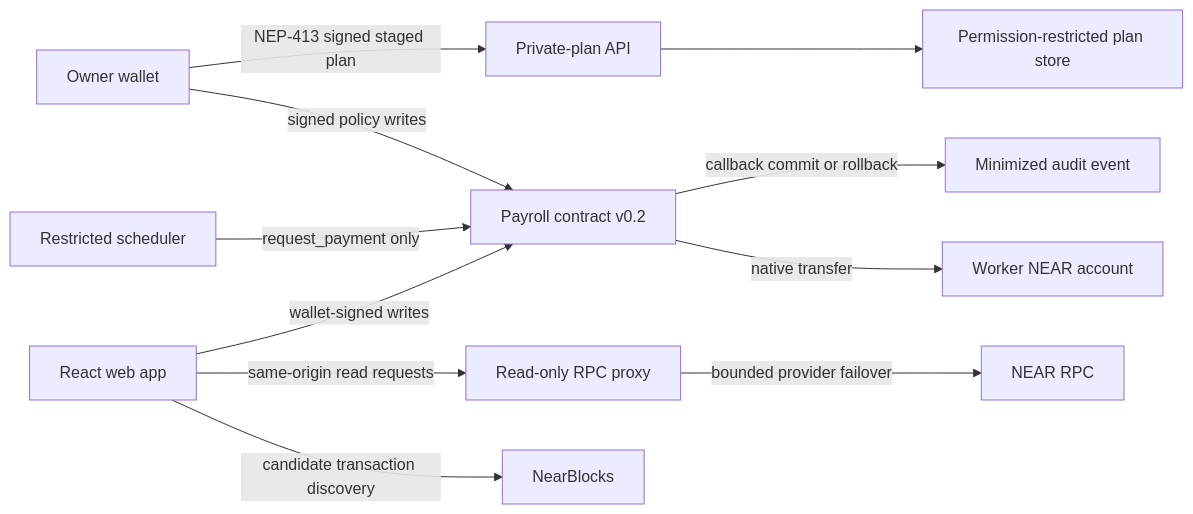
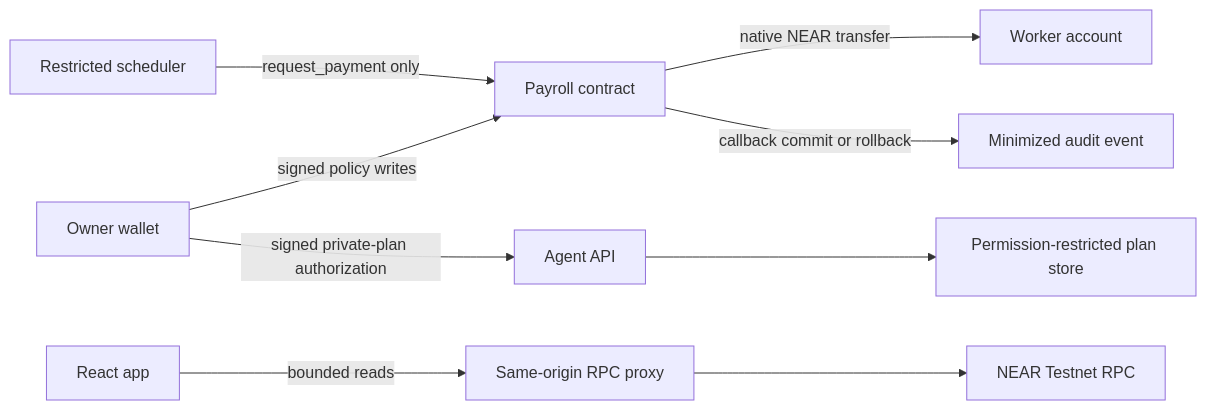
The diagram in README.md (arinze116/Clavis), drawn with Mermaid before and after one commit. The commit also changed other lines of this file and 32 other files, not shown here.

````diff
--- a/README.md
+++ b/README.md
@@ -94,13 +66,11 @@
 ```mermaid
 flowchart LR
-    Owner[Owner wallet] -->|signed policy writes| Contract[Payroll contract v0.2]
-    Owner -->|NEP-413 signed staged plan| PrivateAPI[Private-plan API]
+    Owner[Owner wallet] -->|signed policy writes| Contract[Payroll contract]
+    Owner -->|signed private-plan authorization| PrivateAPI[Agent API]
     PrivateAPI --> Store[Permission-restricted plan store]
     Agent[Restricted scheduler] -->|request_payment only| Contract
-    Contract -->|native transfer| Worker[Worker NEAR account]
+    Contract -->|native NEAR transfer| Worker[Worker account]
     Contract -->|callback commit or rollback| Audit[Minimized audit event]
-    Browser[React web app] -->|wallet-signed writes| Contract
-    Browser -->|same-origin read requests| RPCProxy[Read-only RPC proxy]
-    RPCProxy -->|bounded provider failover| RPC[NEAR RPC]
-    Browser -->|candidate transaction discovery| NearBlocks[NearBlocks]
+    Browser[React app] -->|bounded reads| RPCProxy[Same-origin RPC proxy]
+    RPCProxy --> RPC[NEAR Testnet RPC]
 ```
````
